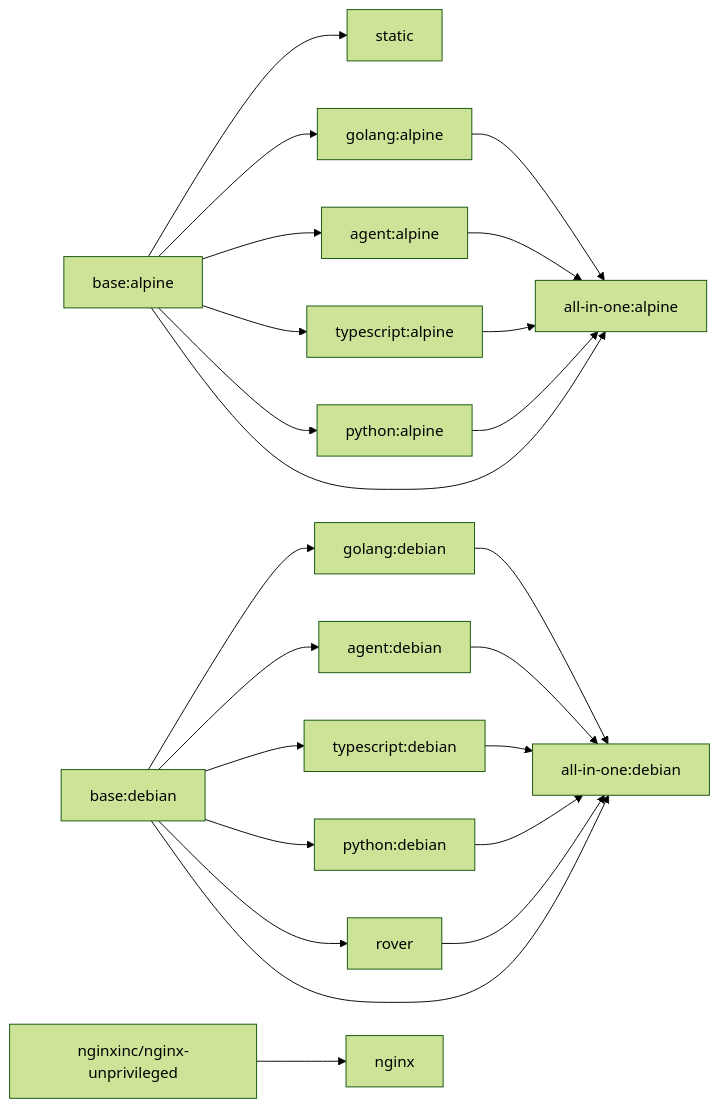
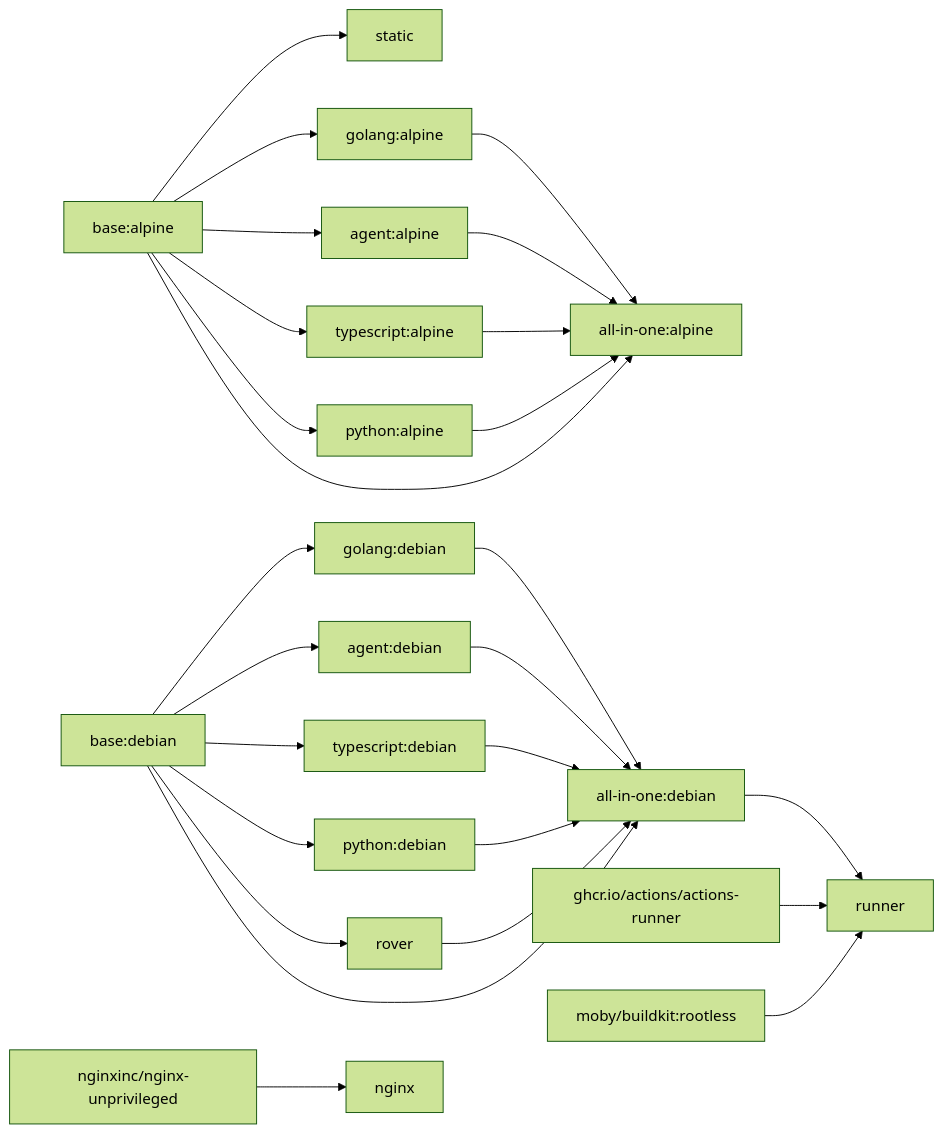
The diagram in README.md (pyck-ai/baseimages), drawn with Mermaid (forest theme) before and after one commit. The commit also changed other lines of this file and 1 other file, not shown here.

First line of the commit message:
runner: README in the repo's per-image style, index it in the top-level README

````diff
--- a/README.md
+++ b/README.md
@@ -151,33 +159,39 @@
 ```mermaid
 graph LR
   base-alpine["base:alpine"]
   base-debian["base:debian"]
   nginx-base["nginxinc/nginx-unprivileged"]
 
   base-alpine --> static
   base-alpine --> golang-alpine["golang:alpine"]
   base-alpine --> agent-alpine["agent:alpine"]
   base-alpine --> typescript-alpine["typescript:alpine"]
   base-alpine --> python-alpine["python:alpine"]
 
   base-debian --> golang-debian["golang:debian"]
   base-debian --> agent-debian["agent:debian"]
   base-debian --> typescript-debian["typescript:debian"]
   base-debian --> python-debian["python:debian"]
   base-debian --> rover
 
   base-alpine --> aio-alpine["all-in-one:alpine"]
   golang-alpine --> aio-alpine
   agent-alpine --> aio-alpine
   typescript-alpine --> aio-alpine
   python-alpine --> aio-alpine
 
   base-debian --> aio-debian["all-in-one:debian"]
   golang-debian --> aio-debian
   agent-debian --> aio-debian
   typescript-debian --> aio-debian
   rover --> aio-debian
   python-debian --> aio-debian
 
+  actions-runner["ghcr.io/actions/actions-runner"]
+  buildkit-rootless["moby/buildkit:rootless"]
+  aio-debian --> runner
+  actions-runner --> runner
+  buildkit-rootless --> runner
+
   nginx-base --> nginx
 ```
````
